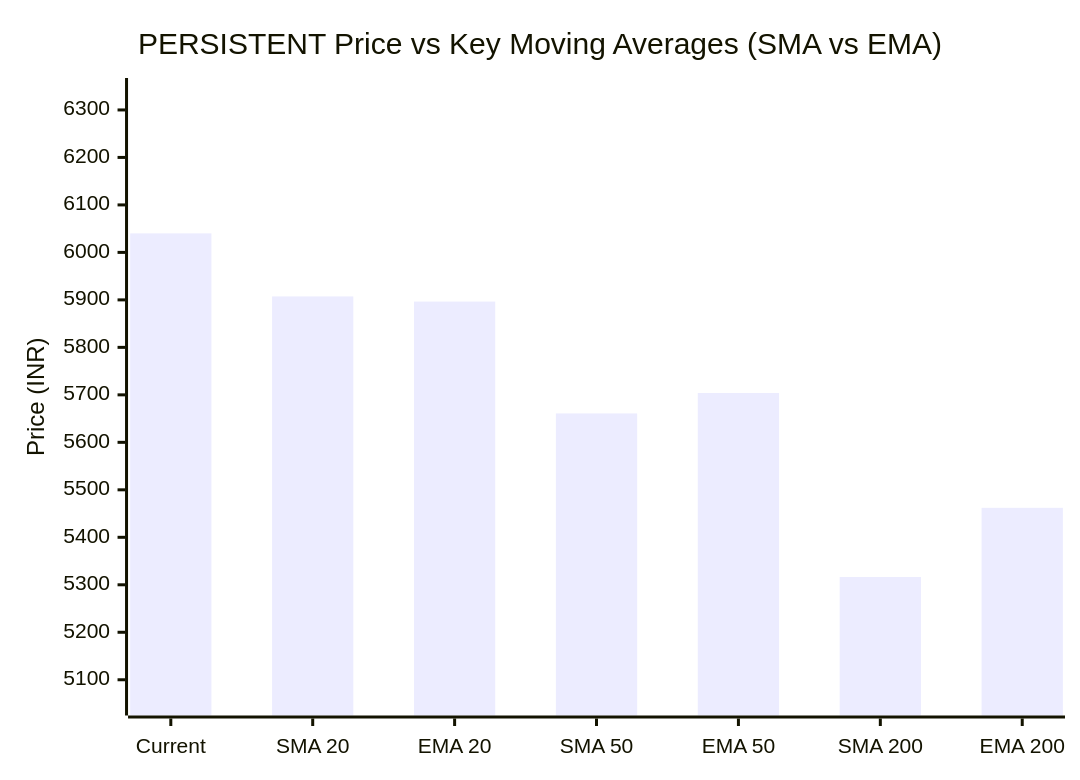
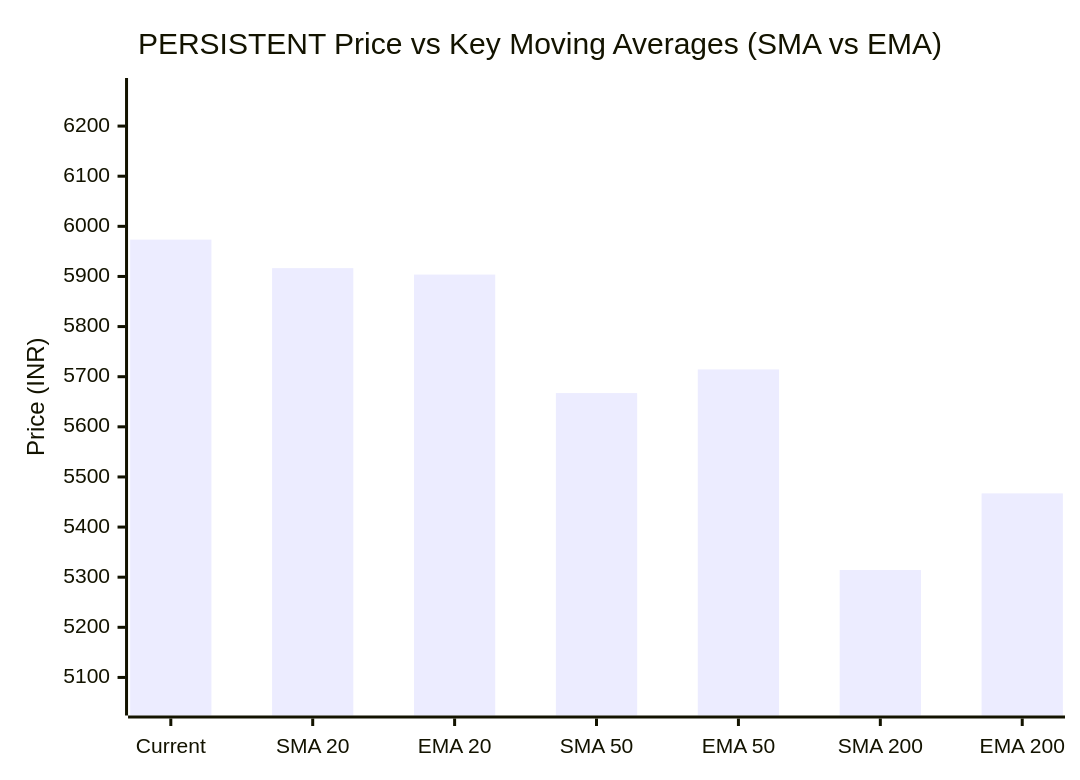
The third of 3 diagrams in market-intelligence/stocks/PERSISTENT/latest.md (purnareddy9/dev), drawn with Mermaid before and after one commit. The commit also changed other lines of this file and 4 other files, not shown here.

````diff
--- a/market-intelligence/stocks/PERSISTENT/latest.md
+++ b/market-intelligence/stocks/PERSISTENT/latest.md
@@ -104,7 +104,7 @@
 ```mermaid
 xychart-beta
     title "PERSISTENT Price vs Key Moving Averages (SMA vs EMA)"
     x-axis ["Current", "SMA 20", "EMA 20", "SMA 50", "EMA 50", "SMA 200", "EMA 200"]
-    y-axis "Price (INR)" 5050 --> 6342
-    bar [6040.0, 5907.25, 5896.45, 5660.92, 5703.9, 5316.46, 5462.1]
+    y-axis "Price (INR)" 5048 --> 6272
+    bar [5973.5, 5916.57, 5903.79, 5667.31, 5714.47, 5314.31, 5467.19]
 ```
````
